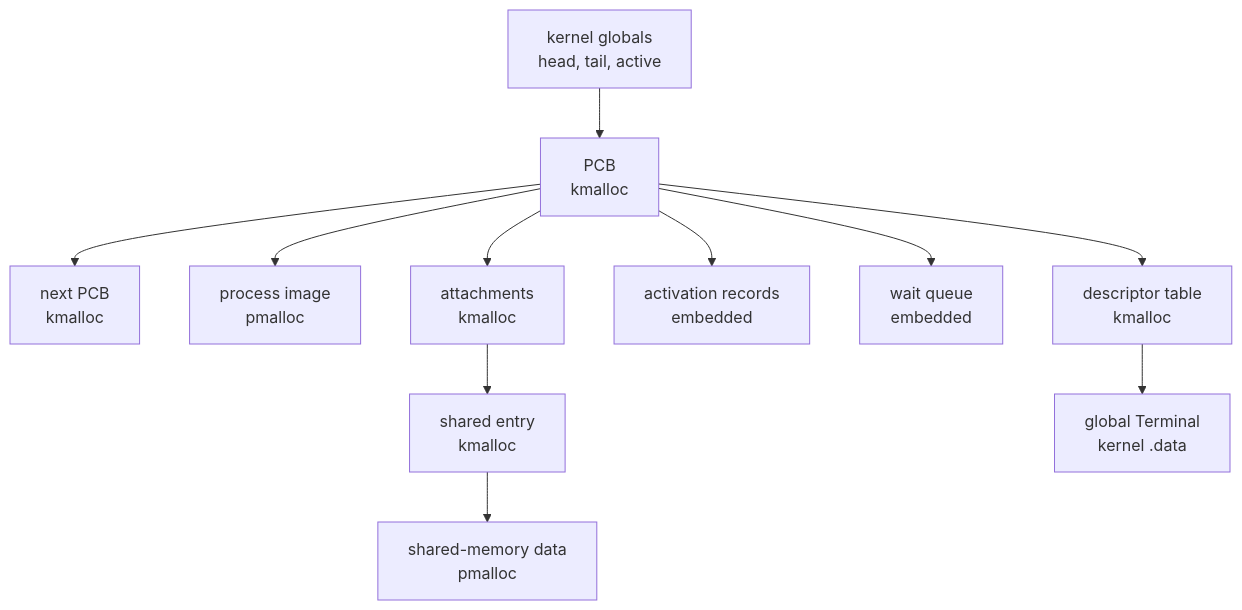
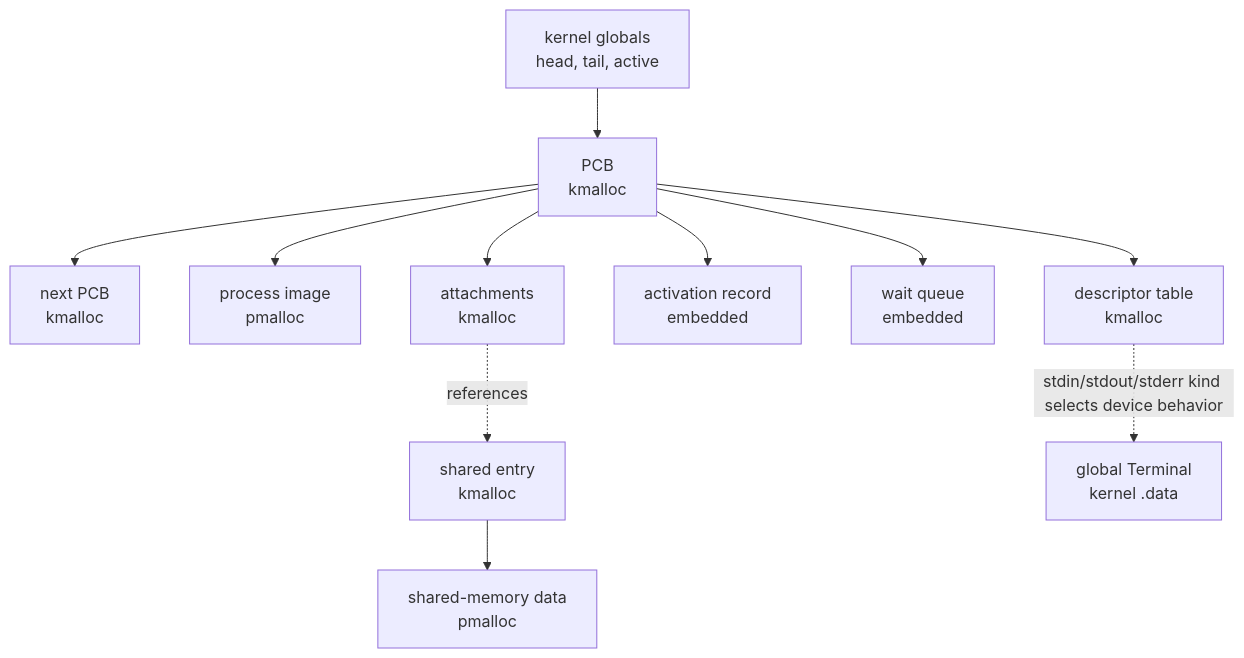
Before and after one commit to matthejue/Pico-OS: the seventh of 30 diagrams in README.md, drawn with Mermaid. The commit also changed other lines of this file, not shown here.

Commit message:
updated README with clearer explanations, diagrams, and source links

````diff
--- a/README.md
+++ b/README.md
@@ -1101,13 +1176,13 @@
 ```mermaid
 flowchart TD
     G["kernel globals<br/>head, tail, active"] --> P1["PCB<br/>kmalloc"]
     P1 --> P2["next PCB<br/>kmalloc"]
     P1 --> I1["process image<br/>pmalloc"]
     P1 --> F1["descriptor table<br/>kmalloc"]
-    P1 --> A1["activation records<br/>embedded"]
+    P1 --> A1["activation record<br/>embedded"]
     P1 --> W1["wait queue<br/>embedded"]
     P1 --> S1["attachments<br/>kmalloc"]
-    S1 --> SE["shared entry<br/>kmalloc"]
+    S1 -. references .-> SE["shared entry<br/>kmalloc"]
     SE --> SM["shared-memory data<br/>pmalloc"]
-    F1 --> T["global Terminal<br/>kernel .data"]
+    F1 -. "stdin/stdout/stderr kind selects device behavior" .-> T["global Terminal<br/>kernel .data"]
 ```
````
